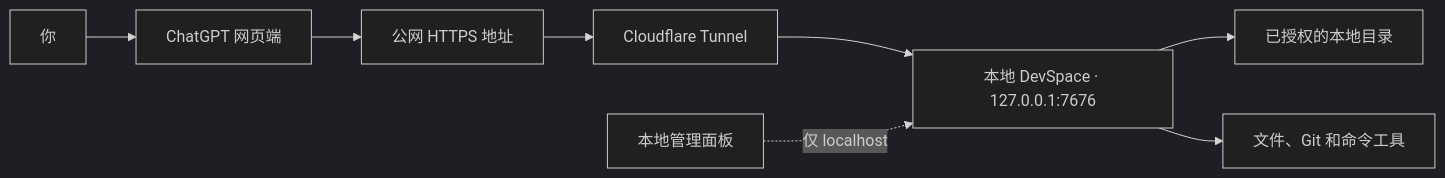
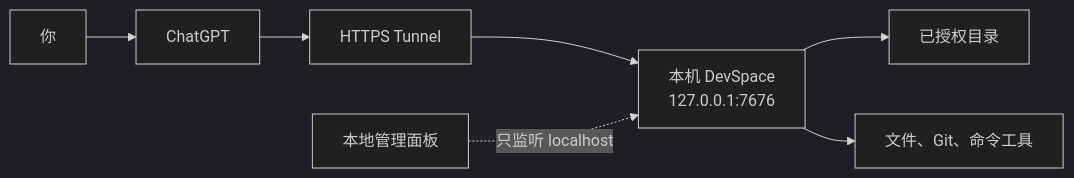
The diagram in README.md (keepkeen/devspace), drawn with Mermaid (dark theme) before and after one commit. The commit also changed other lines of this file, not shown here.

````diff
--- a/README.md
+++ b/README.md
@@ -72,10 +74,9 @@
 ```mermaid
 flowchart LR
-    U["你"] --> C["ChatGPT 网页端"]
-    C --> H["公网 HTTPS 地址"]
-    H --> T["Cloudflare Tunnel"]
-    T --> D["本地 DevSpace · 127.0.0.1:7676"]
-    D --> W["已授权的本地目录"]
-    D --> P["文件、Git 和命令工具"]
-    A["本地管理面板"] -. "仅 localhost" .-> D
+    U["你"] --> C["ChatGPT"]
+    C --> T["HTTPS Tunnel"]
+    T --> D["本机 DevSpace\n127.0.0.1:7676"]
+    D --> W["已授权目录"]
+    D --> F["文件、Git、命令工具"]
+    A["本地管理面板"] -. "只监听 localhost" .-> D
 ```
````
